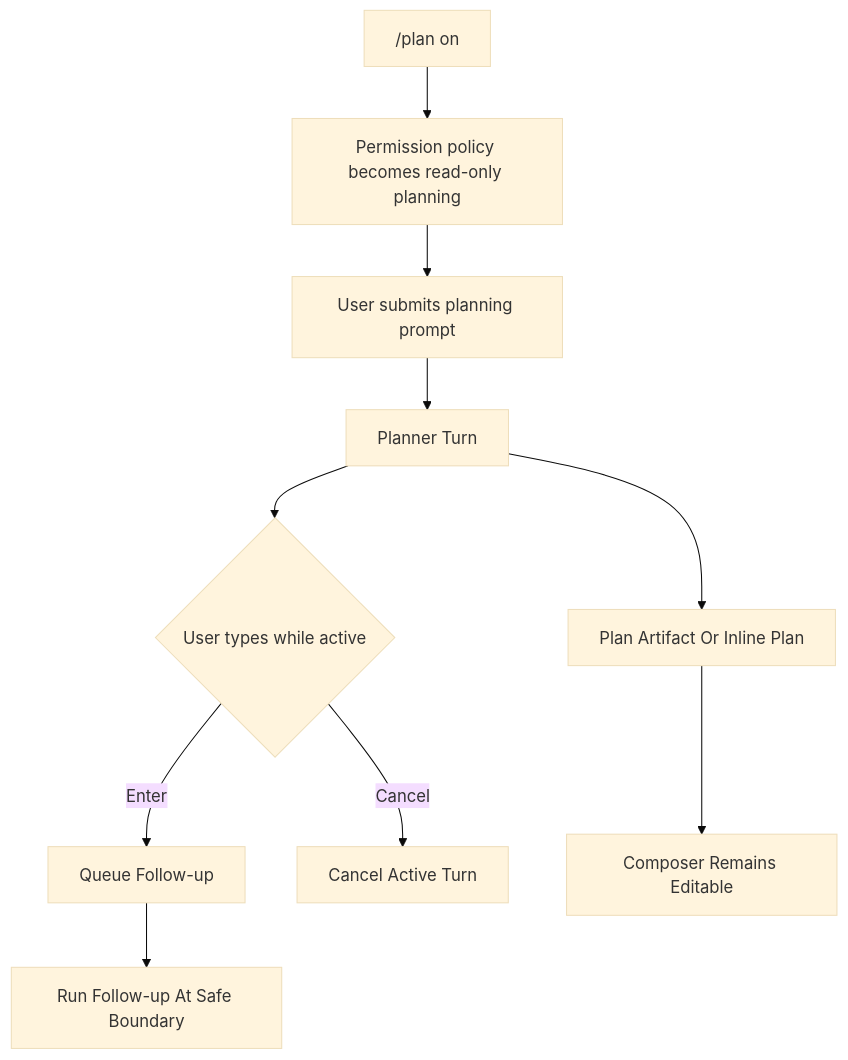
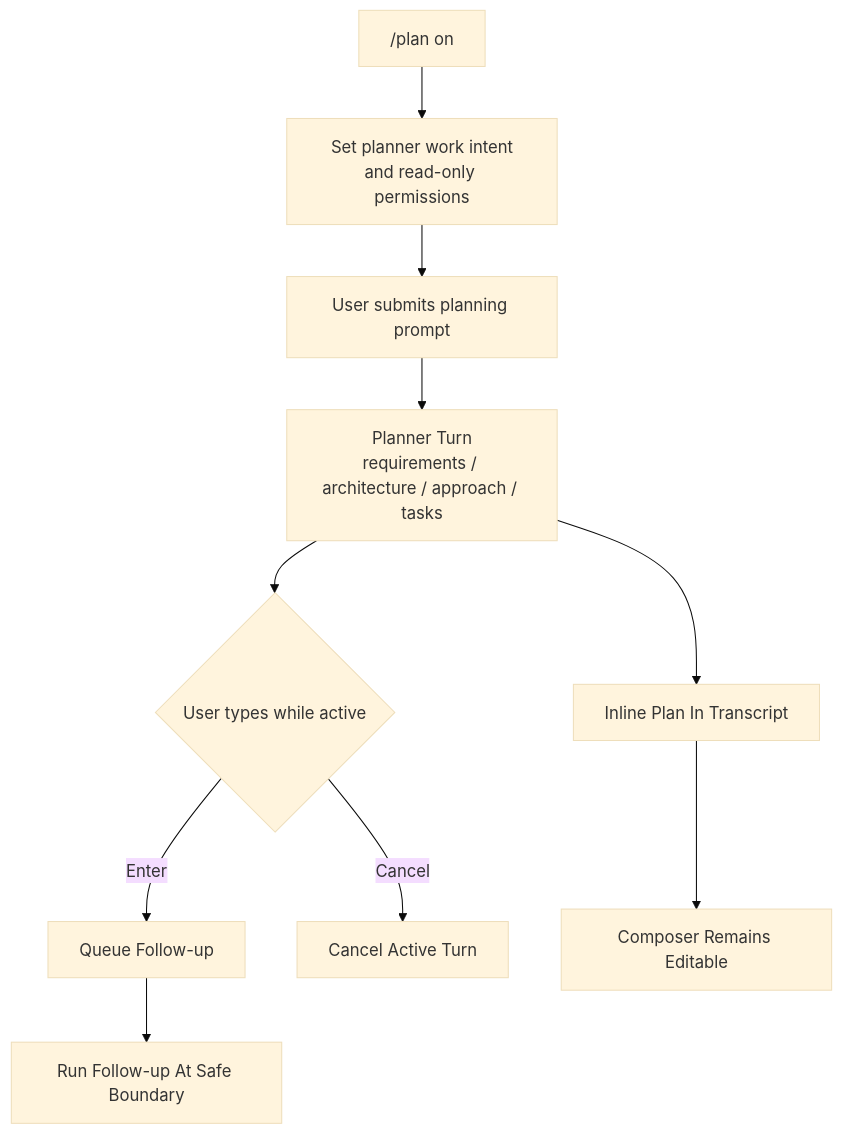
Before and after one commit to wikieden/robocode: the third of 8 diagrams in docs/product-design-operator-loop.md, drawn with Mermaid (base theme). The commit also changed other lines of this file and 123 other files, not shown here.

````diff
--- a/docs/product-design-operator-loop.md
+++ b/docs/product-design-operator-loop.md
@@ -203,12 +206,12 @@
 ```mermaid
 flowchart TD
-    A["/plan on"] --> B["Permission policy becomes read-only planning"]
+    A["/plan on"] --> B["Set planner work intent<br/>and read-only permissions"]
     B --> C["User submits planning prompt"]
-    C --> D["Planner Turn"]
-    D --> E["Plan Artifact Or Inline Plan"]
+    C --> D["Planner Turn<br/>requirements / architecture / approach / tasks"]
+    D --> E["Inline Plan In Transcript"]
     D --> F{"User types while active"}
     F -->|Enter| G["Queue Follow-up"]
     F -->|Cancel| H["Cancel Active Turn"]
     E --> I["Composer Remains Editable"]
     G --> J["Run Follow-up At Safe Boundary"]
 ```
````
